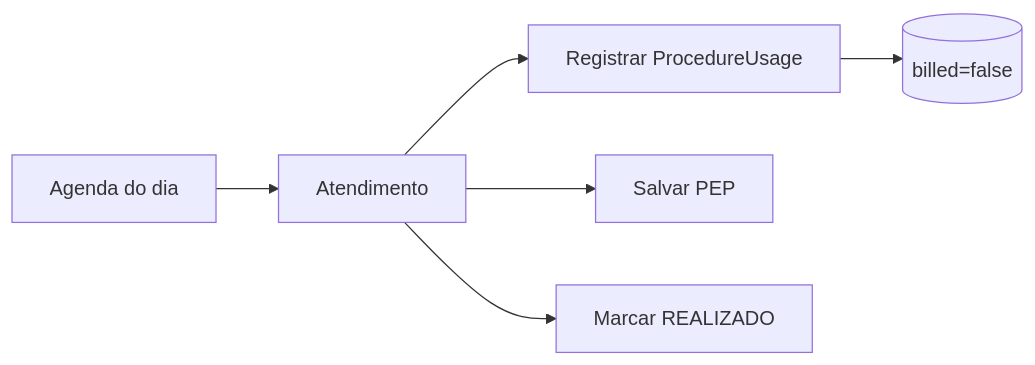
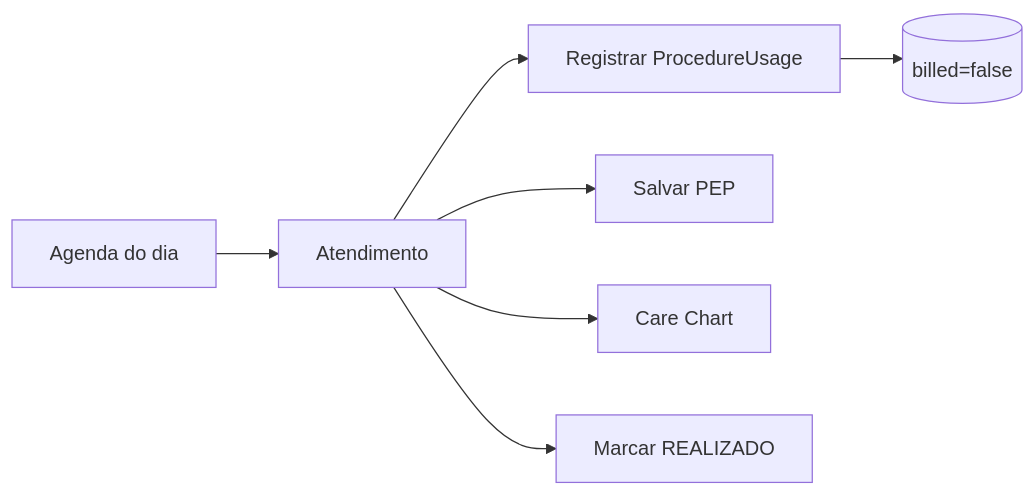
Before and after one commit to Piulres/sistema-bibi: the third of 9 diagrams in docs/FLUXOS.md, drawn with Mermaid. The commit also changed other lines of this file and 8 other files, not shown here.

First line of the commit message:
docs: sincroniza documentação com v1.1.0 Care Chart em produção

````diff
--- a/docs/FLUXOS.md
+++ b/docs/FLUXOS.md
@@ -166,8 +173,9 @@
 ```mermaid
 flowchart LR
   A[Agenda do dia] --> B[Atendimento]
   B --> C[Registrar ProcedureUsage]
   B --> D[Salvar PEP]
+  B --> G[Care Chart]
   B --> E[Marcar REALIZADO]
   C --> F[(billed=false)]
 ```
````
